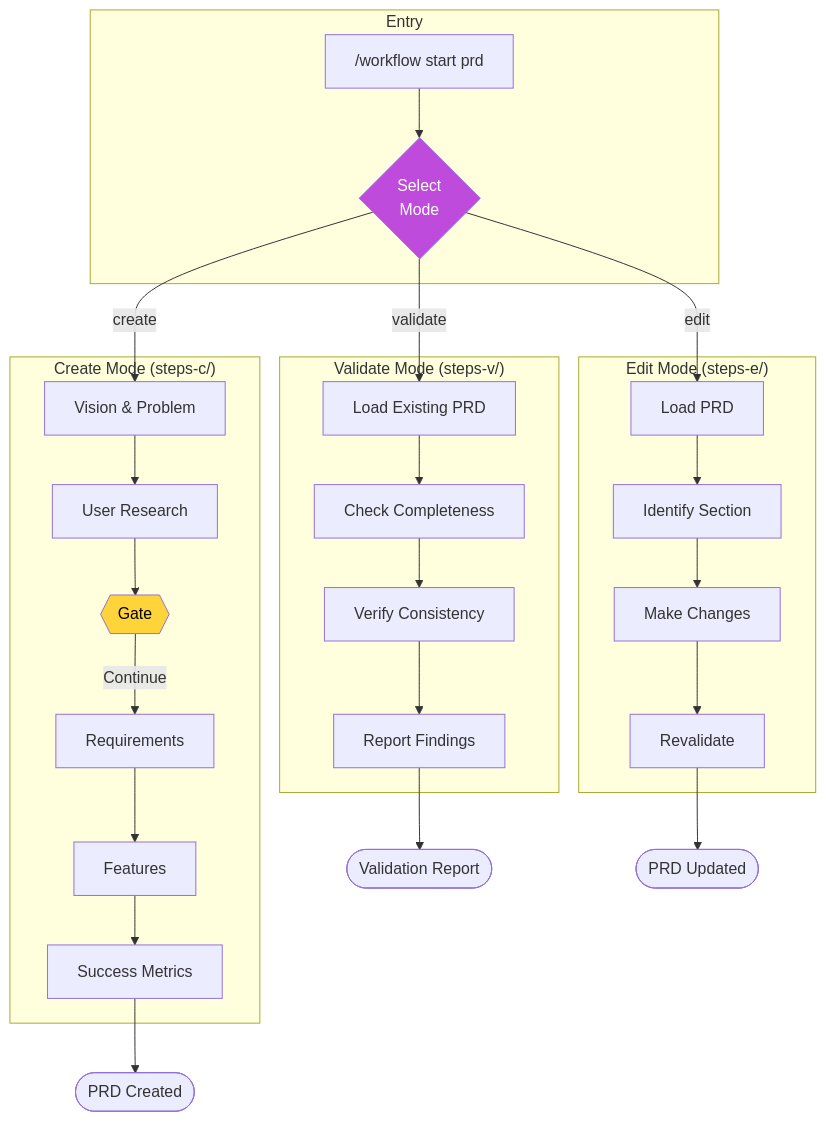
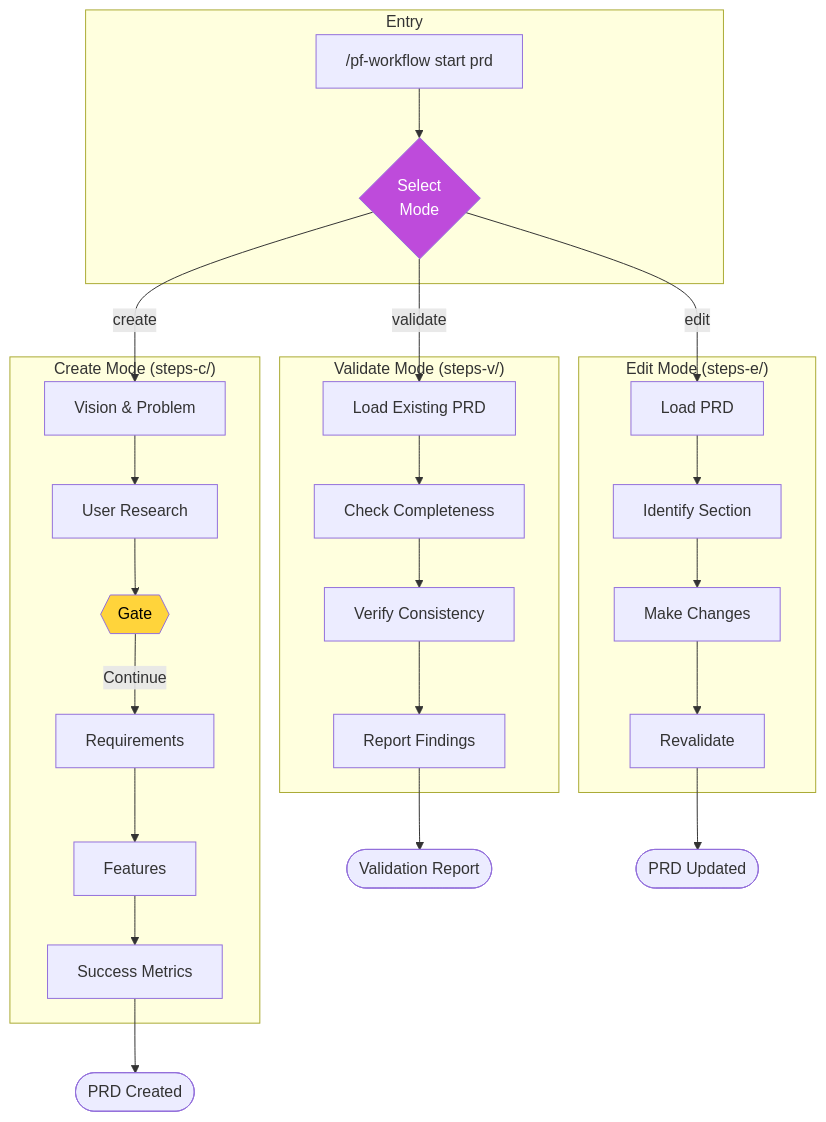
Before and after one commit to slabgorb/pennyfarthing: the seventh of 10 diagrams in docs/BIKELANE-DIAGRAMS.md, drawn with Mermaid. The commit also changed other lines of this file and 57 other files, not shown here.

````diff
--- a/docs/BIKELANE-DIAGRAMS.md
+++ b/docs/BIKELANE-DIAGRAMS.md
@@ -317,55 +317,55 @@
 ```mermaid
 flowchart TD
     subgraph Entry
-        START["/workflow start prd"]
+        START["/pf-workflow start prd"]
         MODE{"Select<br/>Mode"}
     end
 
     subgraph "Create Mode (steps-c/)"
         C1["Vision & Problem"]
         C2["User Research"]
         CG1{{"Gate"}}
         C3["Requirements"]
         C4["Features"]
         C5["Success Metrics"]
     end
 
     subgraph "Validate Mode (steps-v/)"
         V1["Load Existing PRD"]
         V2["Check Completeness"]
         V3["Verify Consistency"]
         V4["Report Findings"]
     end
 
     subgraph "Edit Mode (steps-e/)"
         E1["Load PRD"]
         E2["Identify Section"]
         E3["Make Changes"]
         E4["Revalidate"]
     end
 
     START --> MODE
     MODE -->|"create"| C1
     MODE -->|"validate"| V1
     MODE -->|"edit"| E1
 
     C1 --> C2
     C2 --> CG1
     CG1 -->|"Continue"| C3
     C3 --> C4
     C4 --> C5
     C5 --> DONE1([PRD Created])
 
     V1 --> V2
     V2 --> V3
     V3 --> V4
     V4 --> DONE2([Validation Report])
 
     E1 --> E2
     E2 --> E3
     E3 --> E4
     E4 --> DONE3([PRD Updated])
 
     style MODE fill:#be4bdb,color:white
     style CG1 fill:#ffd43b,color:black
 ```
````
